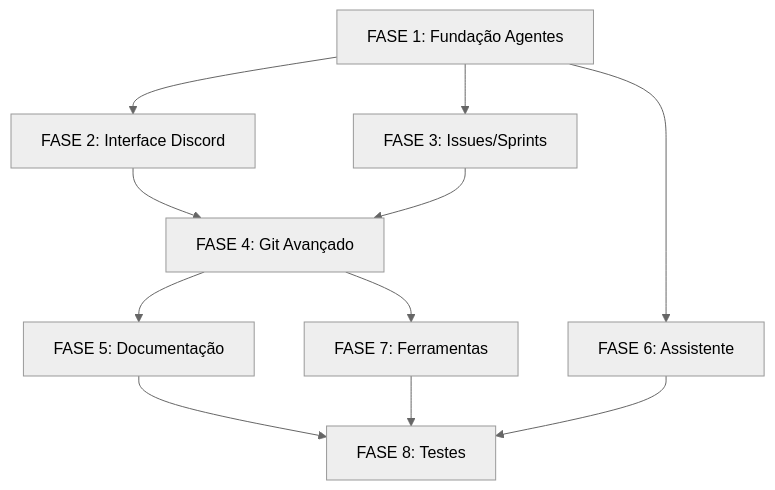
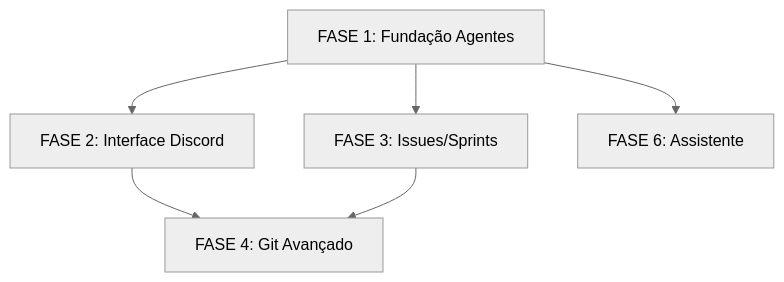
The diagram in proposed/Refactoring_Implementation_Plan.md (HD220/project-wiz), drawn with Mermaid (neutral theme) before and after one commit. The commit also changed other lines of this file, not shown here.

````diff
--- a/proposed/Refactoring_Implementation_Plan.md
+++ b/proposed/Refactoring_Implementation_Plan.md
@@ -1851,13 +1995,8 @@
 ```mermaid
 graph TD
     A[FASE 1: Fundação Agentes] --> B[FASE 2: Interface Discord]
     A --> C[FASE 3: Issues/Sprints]
     B --> D[FASE 4: Git Avançado]
     C --> D
-    D --> E[FASE 5: Documentação]
     A --> F[FASE 6: Assistente]
-    D --> G[FASE 7: Ferramentas]
-    E --> H[FASE 8: Testes]
-    F --> H
-    G --> H
 ```
````
